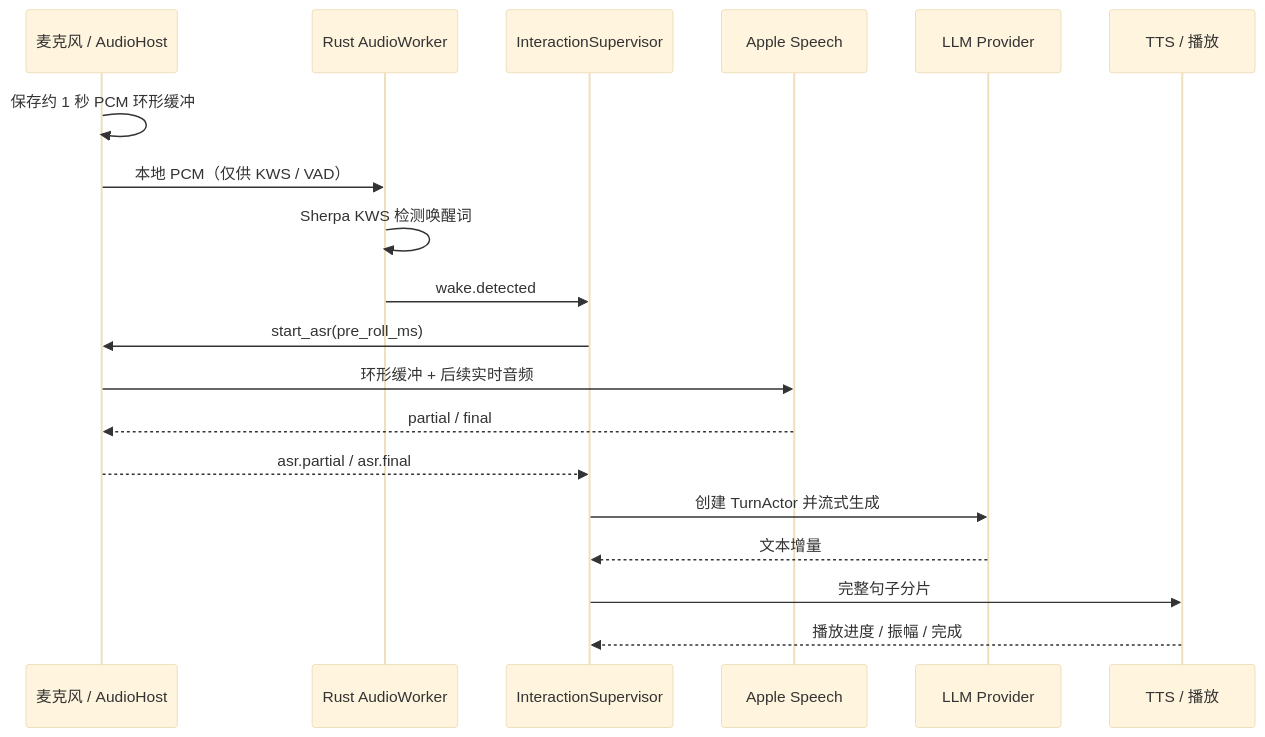
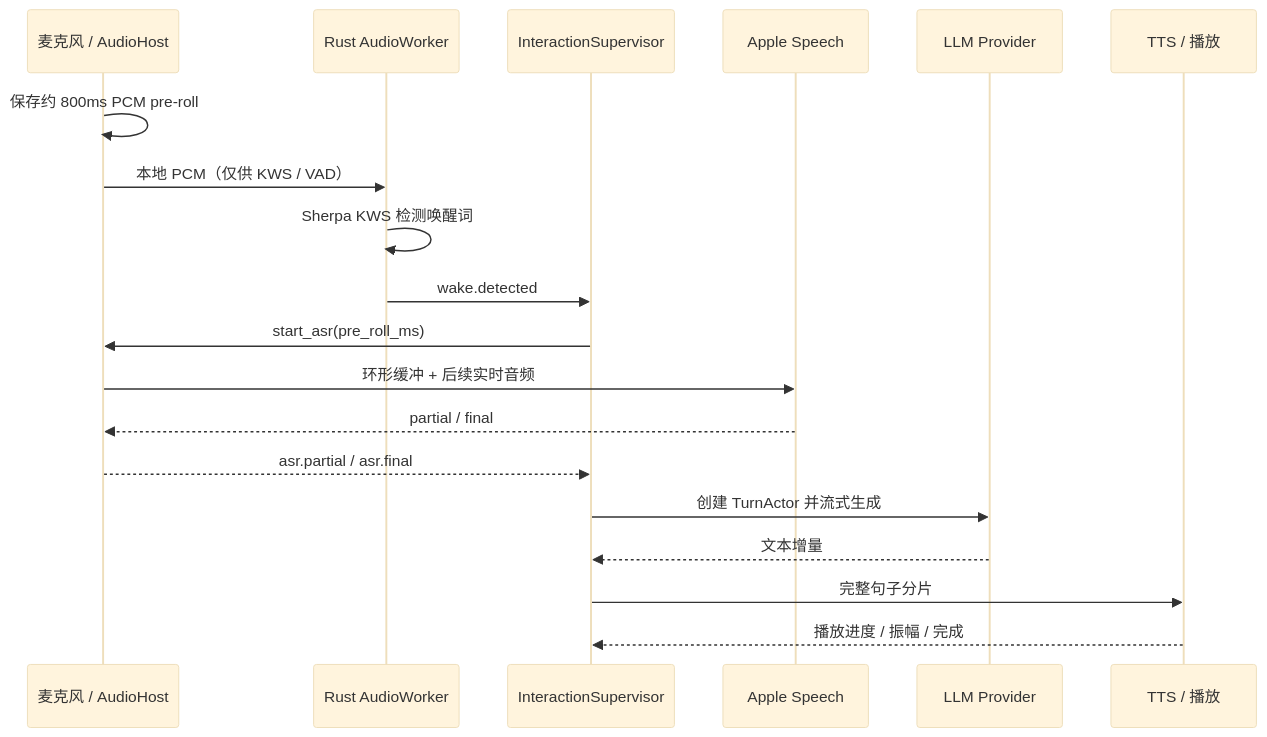
Before and after one commit to mingheyuan/desktop-ai-companion: the second of 3 diagrams in docs/architecture.md, drawn with Mermaid (base theme). The commit also changed other lines of this file and 10 other files, not shown here.

````diff
--- a/docs/architecture.md
+++ b/docs/architecture.md
@@ -216,22 +222,22 @@
 ```mermaid
 sequenceDiagram
     participant M as 麦克风 / AudioHost
     participant A as Rust AudioWorker
     participant S as InteractionSupervisor
     participant P as Apple Speech
     participant L as LLM Provider
     participant T as TTS / 播放
 
-    M->>M: 保存约 1 秒 PCM 环形缓冲
+    M->>M: 保存约 800ms PCM pre-roll
     M->>A: 本地 PCM（仅供 KWS / VAD）
     A->>A: Sherpa KWS 检测唤醒词
     A->>S: wake.detected
     S->>M: start_asr(pre_roll_ms)
     M->>P: 环形缓冲 + 后续实时音频
     P-->>M: partial / final
     M-->>S: asr.partial / asr.final
     S->>L: 创建 TurnActor 并流式生成
     L-->>S: 文本增量
     S->>T: 完整句子分片
     T-->>S: 播放进度 / 振幅 / 完成
 ```
````
